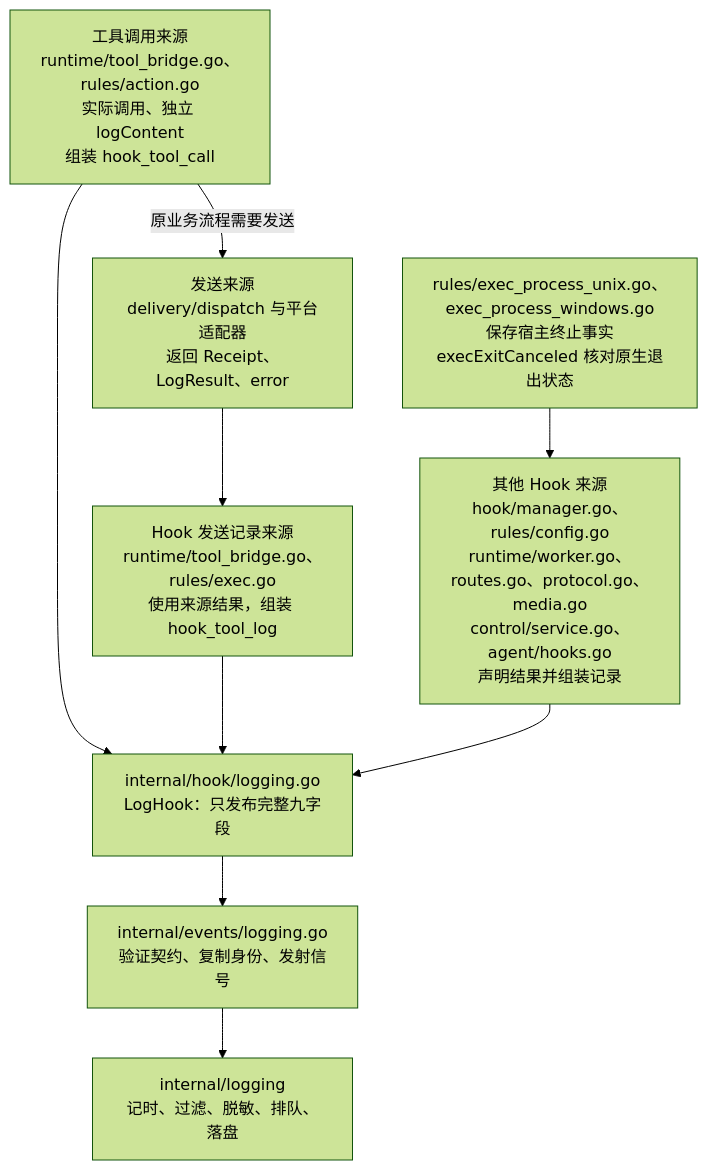
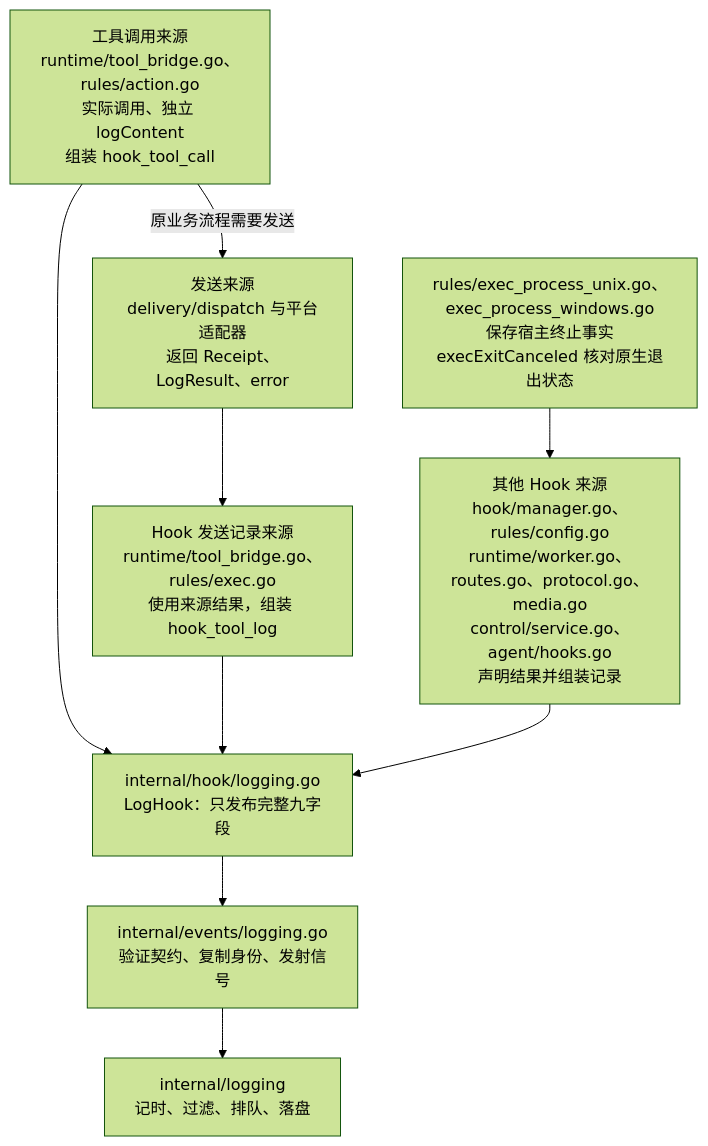
Before and after one commit to Elflare/elbot: the fifth of 5 diagrams in devdocs/signals-and-logging.md, drawn with Mermaid (forest theme). The commit also changed other lines of this file and 20 other files, not shown here.

````diff
--- a/devdocs/signals-and-logging.md
+++ b/devdocs/signals-and-logging.md
@@ -652,11 +651,11 @@
 ```mermaid
 flowchart TD
     T["工具调用来源<br/>runtime/tool_bridge.go、rules/action.go<br/>实际调用、独立 logContent<br/>组装 hook_tool_call"] --> L
     P["rules/exec_process_unix.go、exec_process_windows.go<br/>保存宿主终止事实<br/>execExitCanceled 核对原生退出状态"] --> H
     T -->|原业务流程需要发送| S["发送来源<br/>delivery/dispatch 与平台适配器<br/>返回 Receipt、LogResult、error"]
     S --> O["Hook 发送记录来源<br/>runtime/tool_bridge.go、rules/exec.go<br/>使用来源结果，组装 hook_tool_log"]
     O --> L["internal/hook/logging.go<br/>LogHook：只发布完整九字段"]
     H["其他 Hook 来源<br/>hook/manager.go、rules/config.go<br/>runtime/worker.go、routes.go、protocol.go、media.go<br/>control/service.go、agent/hooks.go<br/>声明结果并组装记录"] --> L
     L --> E["internal/events/logging.go<br/>验证契约、复制身份、发射信号"]
-    E --> G["internal/logging<br/>记时、过滤、脱敏、排队、落盘"]
+    E --> G["internal/logging<br/>记时、过滤、排队、落盘"]
 ```
````
